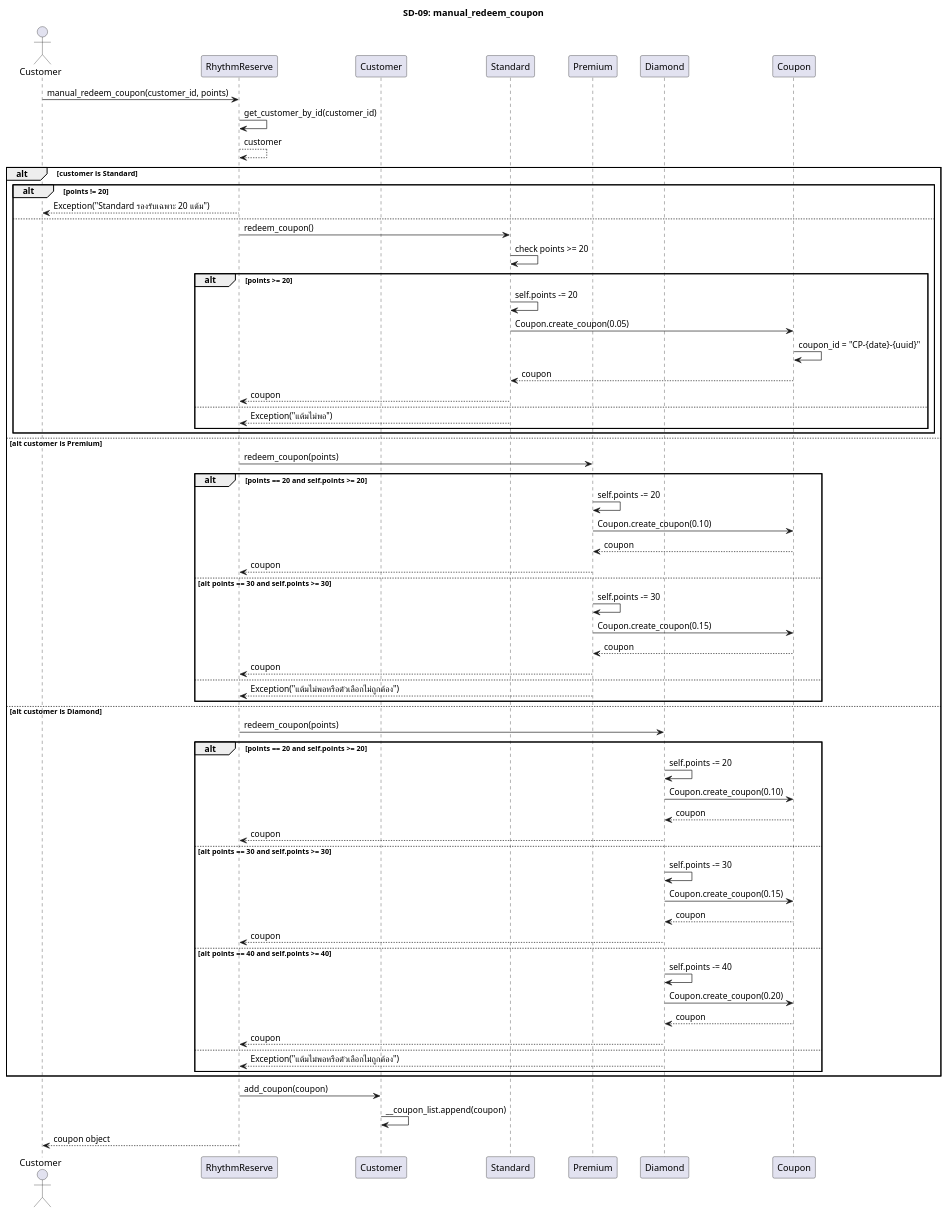
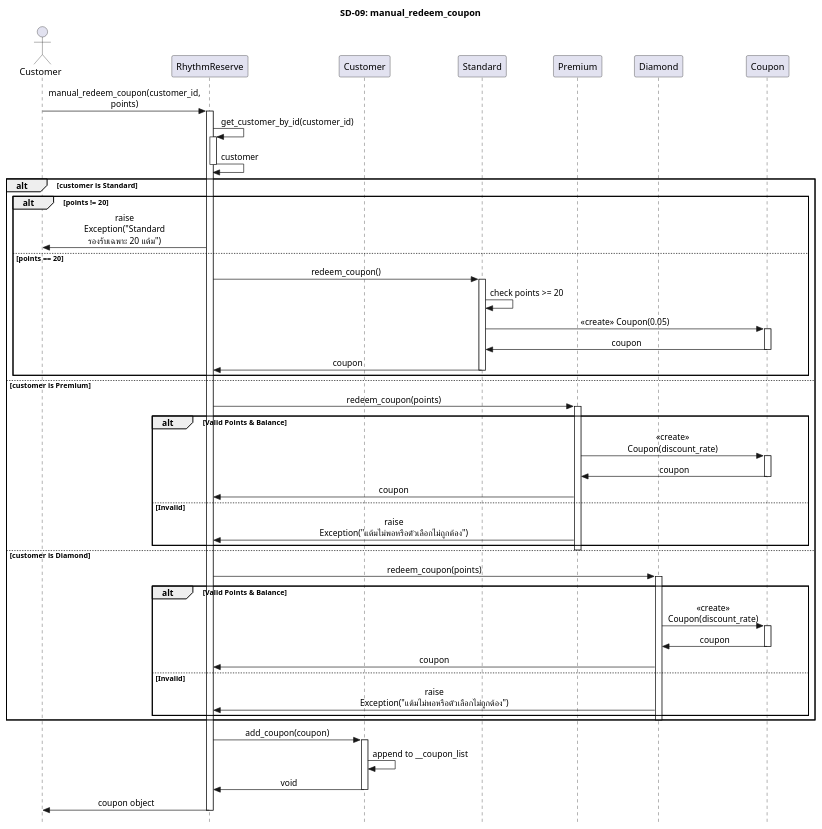
One commit to pjngth998/RhythmReserve changed the diagram in diagram/sequence_diagram/9final_sequence/sd_09_manual_redeem_coupon.puml. Above: the diagram before and after it, drawn with PlantUML. The commit also changed 4 other files, not shown here.

```diff
--- a/diagram/sequence_diagram/9final_sequence/sd_09_manual_redeem_coupon.puml
+++ b/diagram/sequence_diagram/9final_sequence/sd_09_manual_redeem_coupon.puml
@@ -1,76 +1,80 @@
 @startuml
 title SD-09: manual_redeem_coupon
+
+skinparam Style strictuml
+skinparam MaxMessageSize 150
+skinparam sequence {
+    MessageAlignment center
+    ParticipantPadding 20
+}
 
 actor Customer as C
 participant "RhythmReserve" as RR
 participant "Customer" as CUS
 participant "Standard" as STD
 participant "Premium" as PRM
 participant "Diamond" as DMN
 participant "Coupon" as CPN
 
 C -> RR : manual_redeem_coupon(customer_id, points)
+activate RR
 
 RR -> RR : get_customer_by_id(customer_id)
-RR --> RR : customer
+activate RR 
+RR -> RR : customer
+deactivate RR
 
 alt customer is Standard
     alt points != 20
-        RR --> C : Exception("Standard รองรับเฉพาะ 20 แต้ม")
-    else
+        RR -> C : raise Exception("Standard รองรับเฉพาะ 20 แต้ม")
+    else points == 20
         RR -> STD : redeem_coupon()
+        activate STD
         STD -> STD : check points >= 20
-        alt points >= 20
-            STD -> STD : self.points -= 20
-            STD -> CPN : Coupon.create_coupon(0.05)
-            CPN -> CPN : coupon_id = "CP-{date}-{uuid}"
-            CPN --> STD : coupon
-            STD --> RR : coupon
-        else
-            STD --> RR : Exception("แต้มไม่พอ")
-        end
+        STD -> CPN : <<create>> Coupon(0.05)
+        activate CPN
+        CPN -> STD : coupon
+        deactivate CPN
+        STD -> RR : coupon
+        deactivate STD
     end
 
-else alt customer is Premium
+else customer is Premium
     RR -> PRM : redeem_coupon(points)
-    alt points == 20 and self.points >= 20
-        PRM -> PRM : self.points -= 20
-        PRM -> CPN : Coupon.create_coupon(0.10)
-        CPN --> PRM : coupon
-        PRM --> RR : coupon
-    else alt points == 30 and self.points >= 30
-        PRM -> PRM : self.points -= 30
-        PRM -> CPN : Coupon.create_coupon(0.15)
-        CPN --> PRM : coupon
-        PRM --> RR : coupon
-    else
-        PRM --> RR : Exception("แต้มไม่พอหรือตัวเลือกไม่ถูกต้อง")
+    activate PRM
+    alt Valid Points & Balance
+        PRM -> CPN : <<create>> Coupon(discount_rate)
+        activate CPN
+        CPN -> PRM : coupon
+        deactivate CPN
+        PRM -> RR : coupon
+    else Invalid
+        PRM -> RR : raise Exception("แต้มไม่พอหรือตัวเลือกไม่ถูกต้อง")
     end
+    deactivate PRM
 
-else alt customer is Diamond
+else customer is Diamond
     RR -> DMN : redeem_coupon(points)
-    alt points == 20 and self.points >= 20
-        DMN -> DMN : self.points -= 20
-        DMN -> CPN : Coupon.create_coupon(0.10)
-        CPN --> DMN : coupon
-        DMN --> RR : coupon
-    else alt points == 30 and self.points >= 30
-        DMN -> DMN : self.points -= 30
-        DMN -> CPN : Coupon.create_coupon(0.15)
-        CPN --> DMN : coupon
-        DMN --> RR : coupon
-    else alt points == 40 and self.points >= 40
-        DMN -> DMN : self.points -= 40
-        DMN -> CPN : Coupon.create_coupon(0.20)
-        CPN --> DMN : coupon
-        DMN --> RR : coupon
-    else
-        DMN --> RR : Exception("แต้มไม่พอหรือตัวเลือกไม่ถูกต้อง")
+    activate DMN
+    alt Valid Points & Balance
+        DMN -> CPN : <<create>> Coupon(discount_rate)
+        activate CPN
+        CPN -> DMN : coupon
+        deactivate CPN
+        DMN -> RR : coupon
+    else Invalid
+        DMN -> RR : raise Exception("แต้มไม่พอหรือตัวเลือกไม่ถูกต้อง")
     end
+    deactivate DMN
 end
 
 RR -> CUS : add_coupon(coupon)
-CUS -> CUS : __coupon_list.append(coupon)
-RR --> C : coupon object
+activate CUS
+CUS -> CUS : append to __coupon_list
+CUS -> RR : void
+deactivate CUS
+
+RR -> C : coupon object
+deactivate RR
 
 @enduml
```
